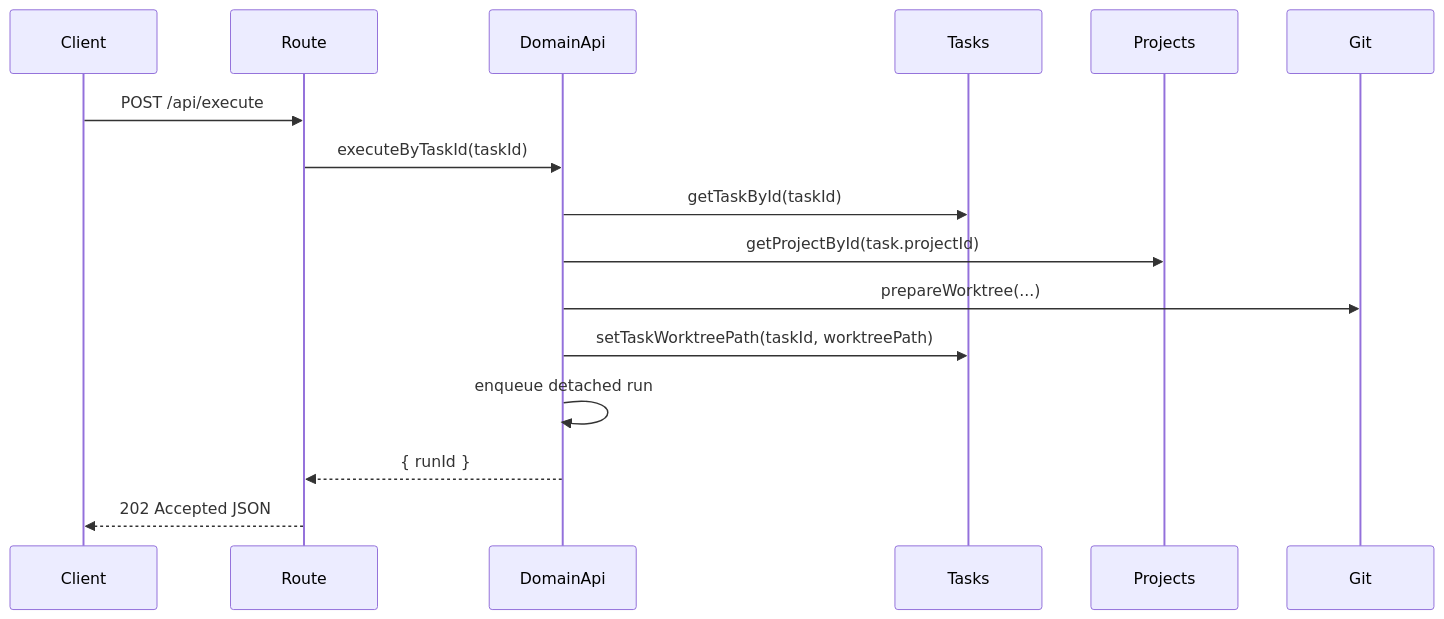
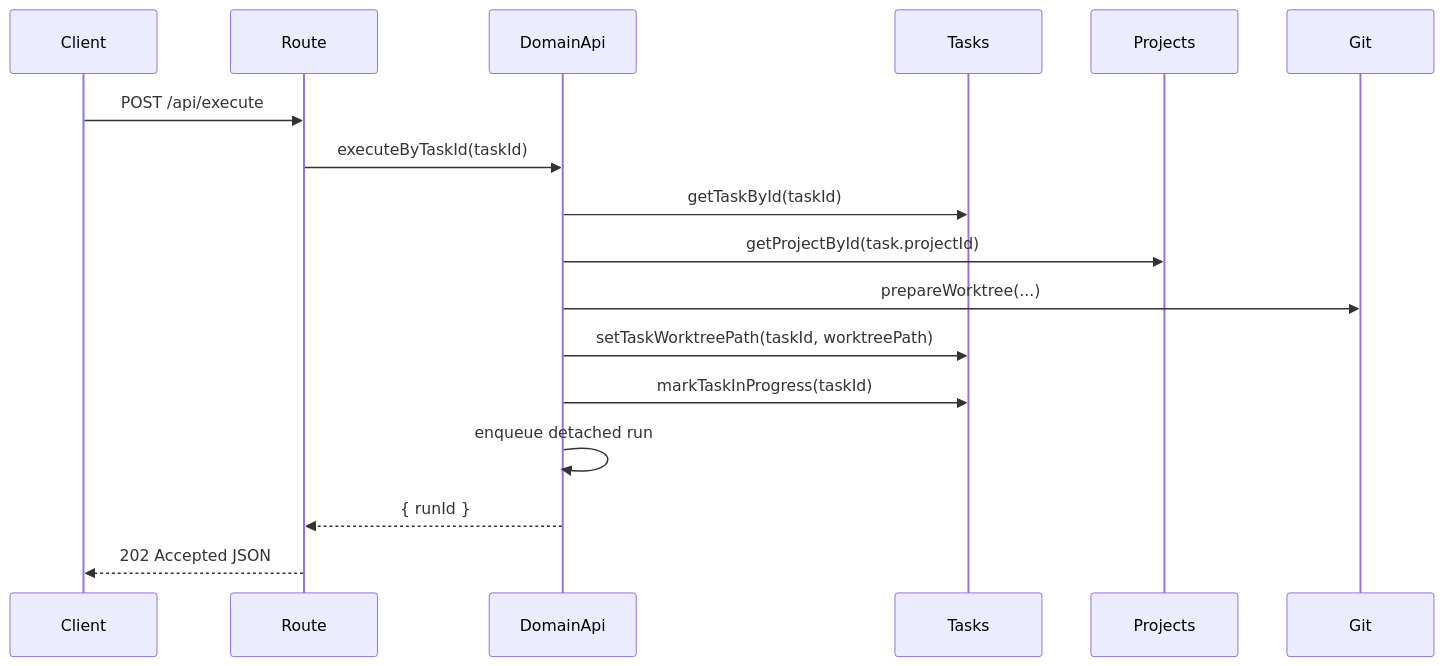
Before and after one commit to TurtleStoffel/tektite-console: the second of 7 diagrams in src/backend/domains/agents/README.md, drawn with Mermaid. The commit also changed 13 other files, not shown here.

Commit message:
Set new tasks to To-do and add explicit task state lifecycle

````diff
--- a/src/backend/domains/agents/README.md
+++ b/src/backend/domains/agents/README.md
@@ -26,18 +26,19 @@
 ```mermaid
 sequenceDiagram
     participant Client
     participant Route
     participant DomainApi
     participant Tasks
     participant Projects
     participant Git
     Client->>Route: POST /api/execute
     Route->>DomainApi: executeByTaskId(taskId)
     DomainApi->>Tasks: getTaskById(taskId)
     DomainApi->>Projects: getProjectById(task.projectId)
     DomainApi->>Git: prepareWorktree(...)
     DomainApi->>Tasks: setTaskWorktreePath(taskId, worktreePath)
+    DomainApi->>Tasks: markTaskInProgress(taskId)
     DomainApi->>DomainApi: enqueue detached run
     DomainApi-->>Route: { runId }
     Route-->>Client: 202 Accepted JSON
 ```
````
